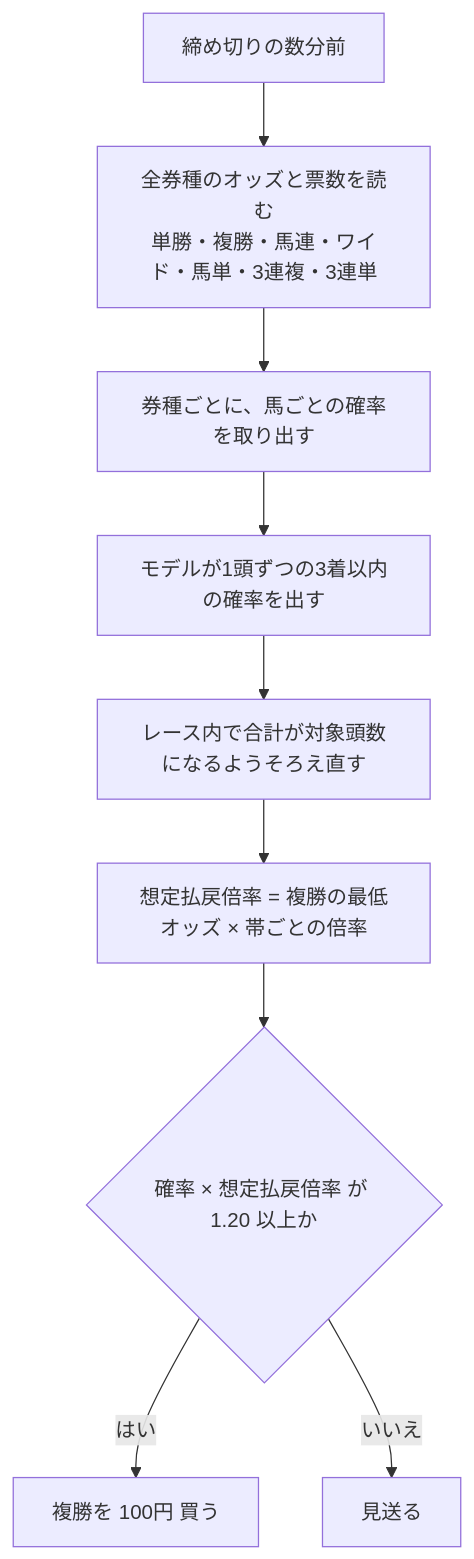
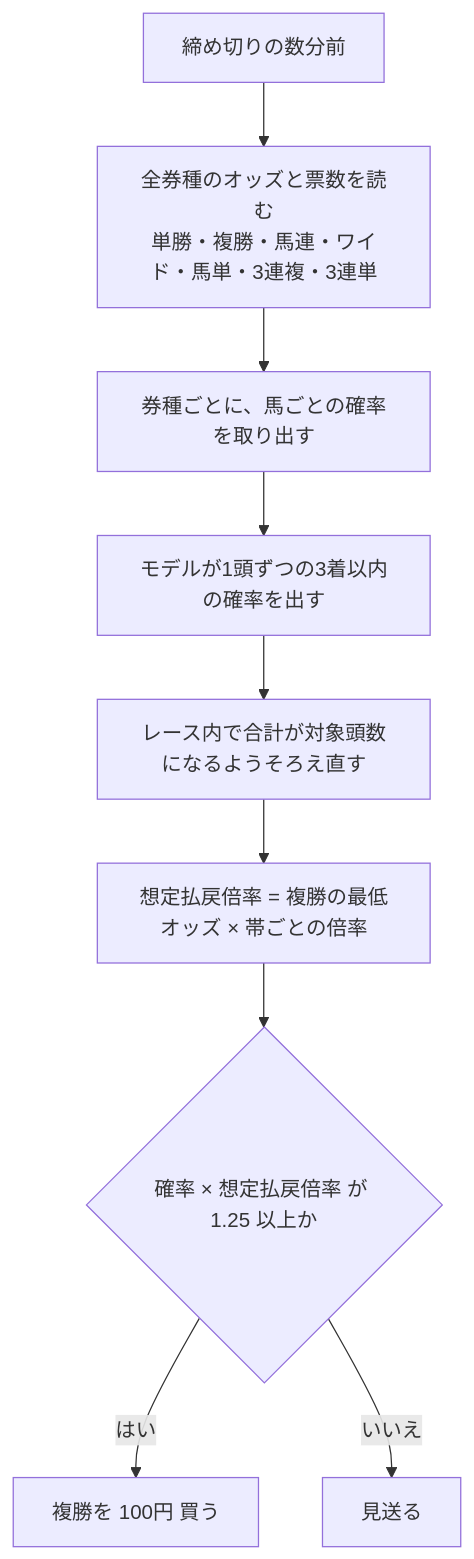
One commit to ht-0328/keiba-yosou changed the diagram in research/回収率100超/docs/04-買い方.md. Above: the diagram before and after it, drawn with Mermaid. The commit also changed other lines of this file and 13 other files, not shown here.

````diff
--- a/research/回収率100超/docs/04-買い方.md
+++ b/research/回収率100超/docs/04-買い方.md
@@ -8,11 +8,11 @@
 ```mermaid
 flowchart TD
     A[締め切りの数分前] --> B[全券種のオッズと票数を読む<br/>単勝・複勝・馬連・ワイド・馬単・3連複・3連単]
     B --> C[券種ごとに、馬ごとの確率を取り出す]
     C --> D[モデルが1頭ずつの3着以内の確率を出す]
     D --> E[レース内で合計が対象頭数になるようそろえ直す]
     E --> F[想定払戻倍率 = 複勝の最低オッズ × 帯ごとの倍率]
-    F --> G{確率 × 想定払戻倍率 が 1.20 以上か}
+    F --> G{確率 × 想定払戻倍率 が 1.25 以上か}
     G -- はい --> H[複勝を 100円 買う]
     G -- いいえ --> I[見送る]
 ```
````
